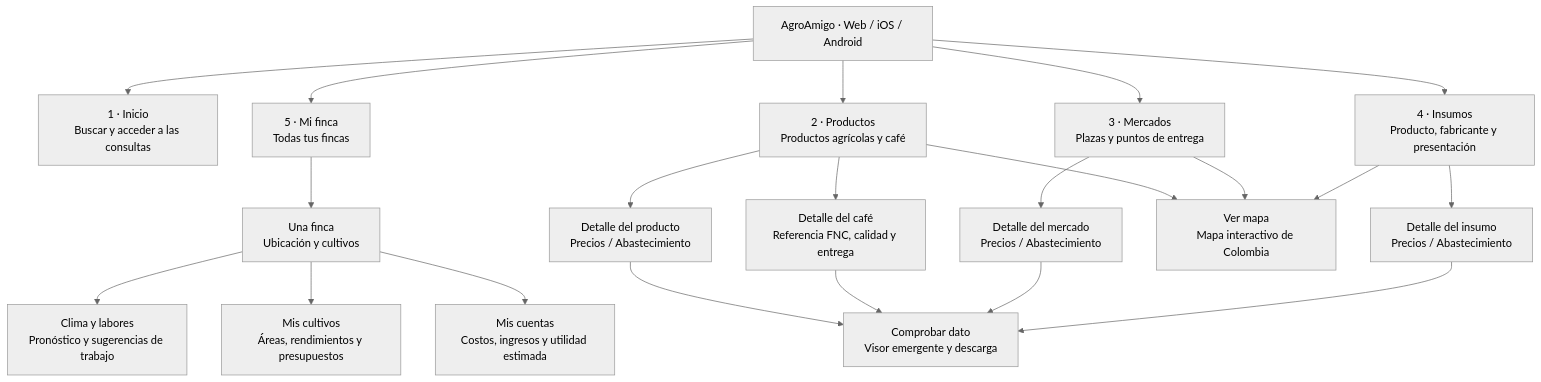
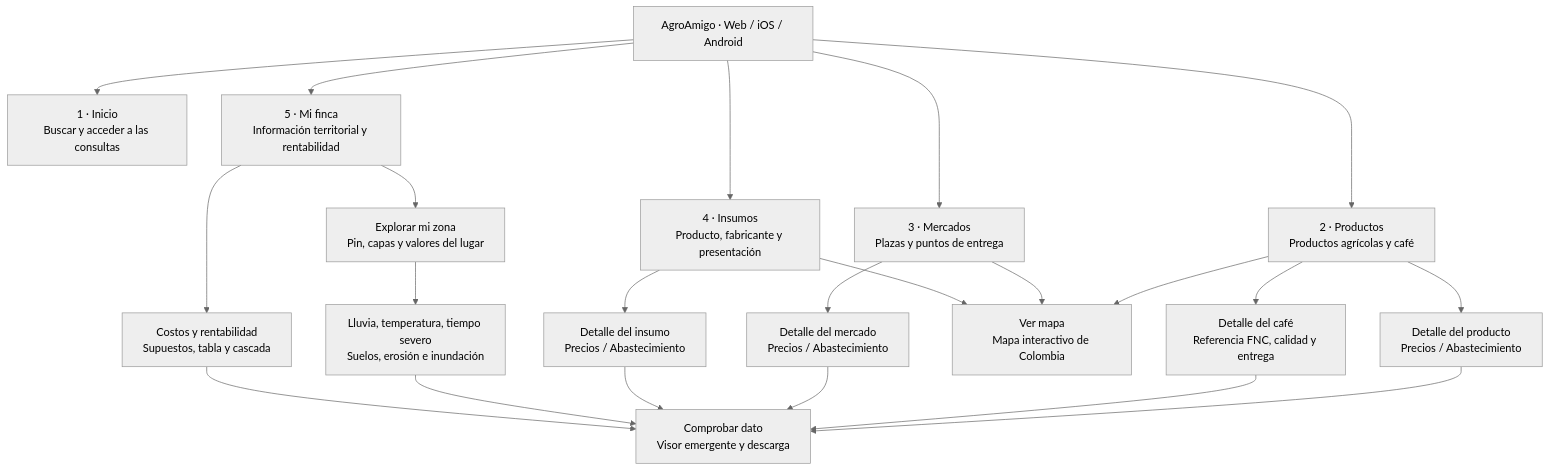
The first of 5 diagrams in docs/ARCHITECTURE.md (ethanrimes/agro-amigo-monorepo), drawn with Mermaid (neutral theme) before and after one commit. The commit also changed other lines of this file and 31 other files, not shown here.

Commit message:
Convierte Mi finca en un explorador territorial y análisis de rentabilidad

````diff
--- a/docs/ARCHITECTURE.md
+++ b/docs/ARCHITECTURE.md
@@ -9,19 +9,19 @@
 ```mermaid
 flowchart TB
     app["AgroAmigo · Web / iOS / Android"]
     app --> inicio["1 · Inicio<br/>Buscar y acceder a las consultas"]
     app --> productos["2 · Productos<br/>Productos agrícolas y café"]
     app --> mercados["3 · Mercados<br/>Plazas y puntos de entrega"]
     app --> insumos["4 · Insumos<br/>Producto, fabricante y presentación"]
-    app --> fincas["5 · Mi finca<br/>Todas tus fincas"]
+    app --> fincas["5 · Mi finca<br/>Información territorial y rentabilidad"]
     productos --> producto["Detalle del producto<br/>Precios / Abastecimiento"]
     productos --> cafe["Detalle del café<br/>Referencia FNC, calidad y entrega"]
     mercados --> mercado["Detalle del mercado<br/>Precios / Abastecimiento"]
     insumos --> insumo["Detalle del insumo<br/>Precios / Abastecimiento"]
     productos & mercados & insumos --> mapa["Ver mapa<br/>Mapa interactivo de Colombia"]
     producto & cafe & mercado & insumo --> documento["Comprobar dato<br/>Visor emergente y descarga"]
-    fincas --> finca["Una finca<br/>Ubicación y cultivos"]
-    finca --> cuentas["Mis cuentas<br/>Costos, ingresos y utilidad estimada"]
-    finca --> cultivos["Mis cultivos<br/>Áreas, rendimientos y presupuestos"]
-    finca --> clima["Clima y labores<br/>Pronóstico y sugerencias de trabajo"]
+    fincas --> zona["Explorar mi zona<br/>Pin, capas y valores del lugar"]
+    fincas --> cuentas["Costos y rentabilidad<br/>Supuestos, tabla y cascada"]
+    zona --> capas["Lluvia, temperatura, tiempo severo<br/>Suelos, erosión e inundación"]
+    capas & cuentas --> documento
 ```
````
